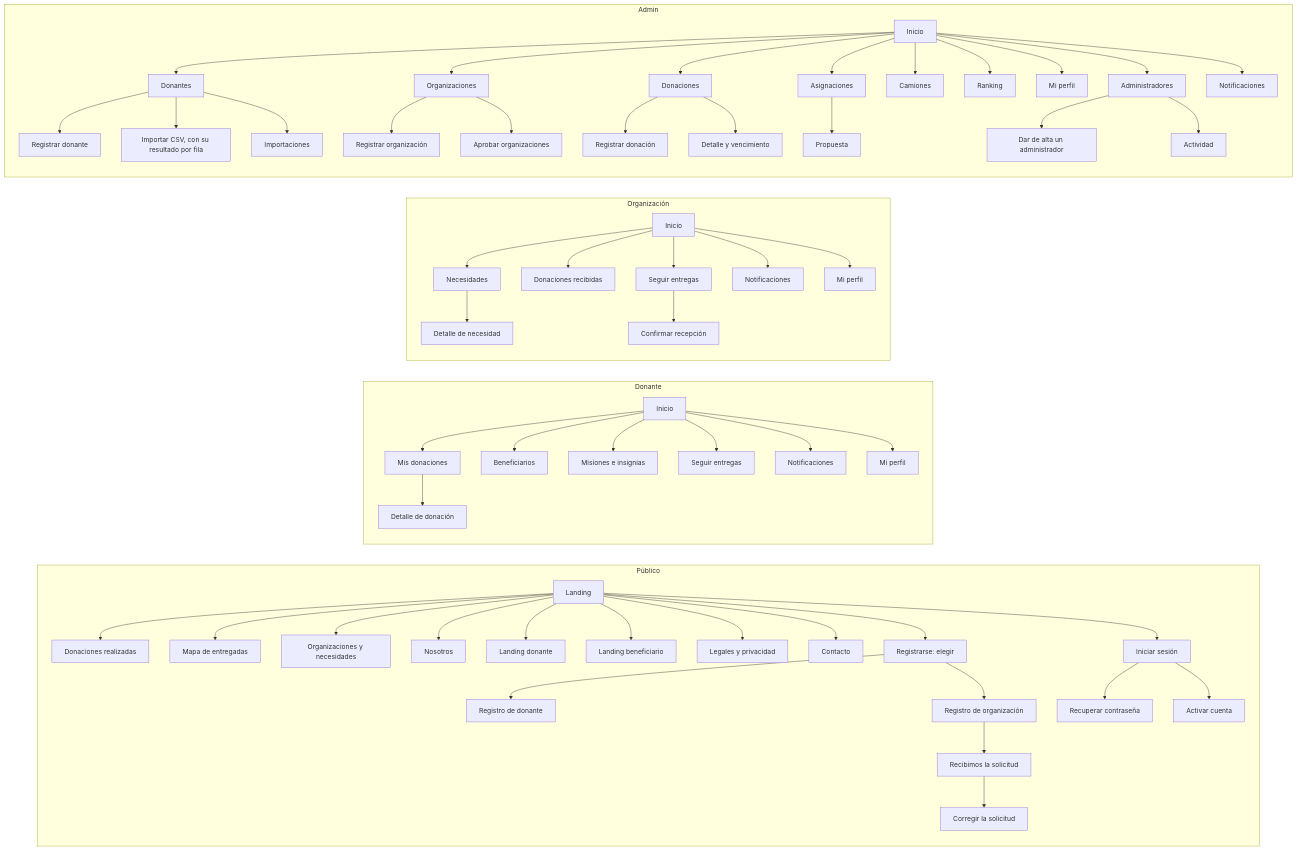
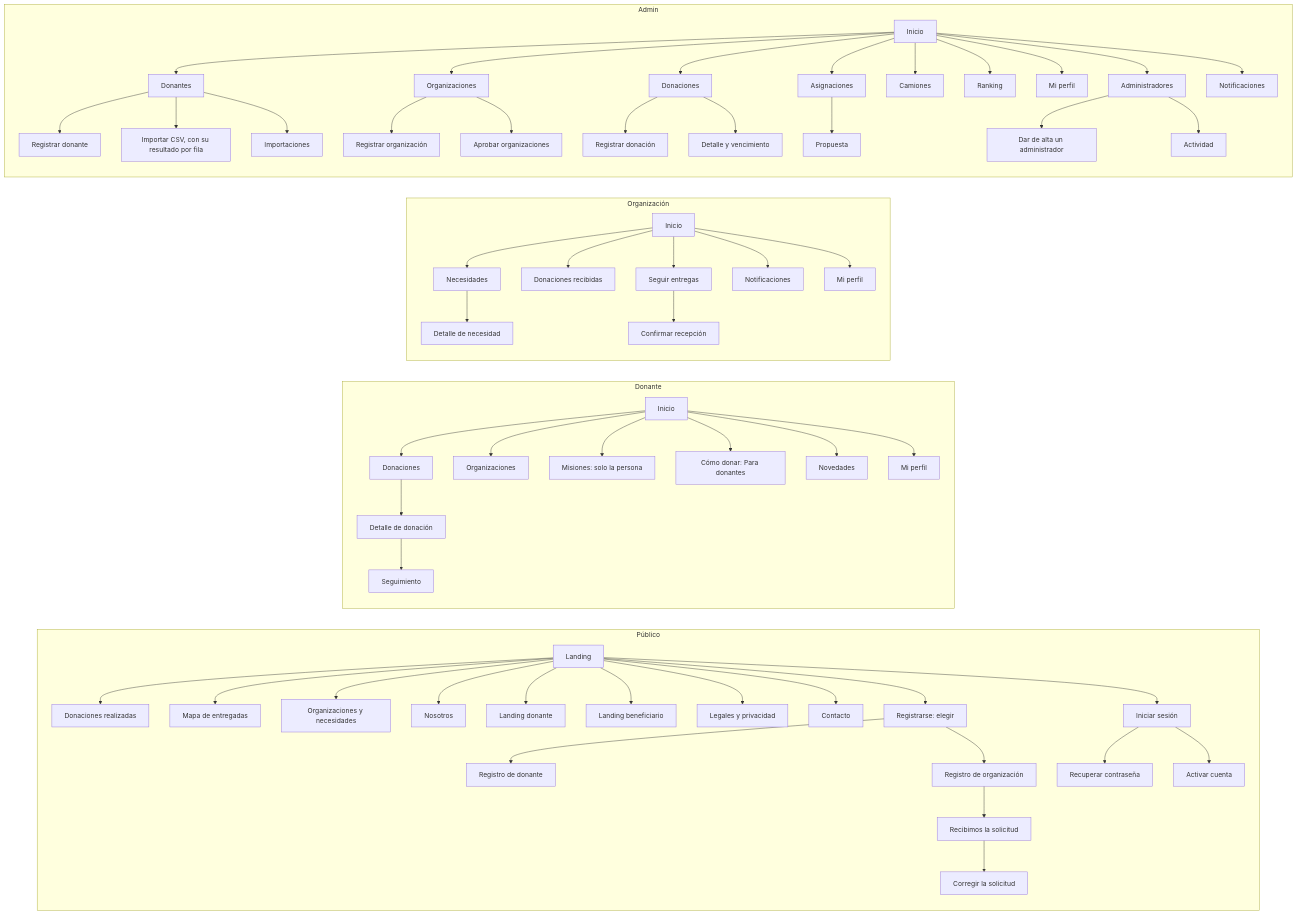
One commit to tsorren/DonaTrack-TP-DDS changed the diagram in docs/interfaz/mapa-del-sitio.md. Above: the diagram before and after it, drawn with Mermaid. The commit also changed other lines of this file and 7 other files, not shown here.

````diff
--- a/docs/interfaz/mapa-del-sitio.md
+++ b/docs/interfaz/mapa-del-sitio.md
@@ -12,54 +12,54 @@
 ```mermaid
 flowchart LR
   subgraph Publico["Público"]
     L[Landing] --> DR[Donaciones realizadas]
     L --> MP[Mapa de entregadas]
     L --> EN[Organizaciones y necesidades]
     L --> NO[Nosotros]
     L --> LD[Landing donante]
     L --> LB[Landing beneficiario]
     L --> LG[Legales y privacidad]
     L --> CO[Contacto]
     L --> IS[Iniciar sesión]
     L --> RE[Registrarse: elegir]
     RE --> RD[Registro de donante]
     RE --> RN[Registro de organización]
     RN --> SS[Recibimos la solicitud] --> SC[Corregir la solicitud]
     IS --> RC[Recuperar contraseña]
     IS --> AC[Activar cuenta]
   end
   subgraph Donante
-    ID[Inicio] --> MD[Mis donaciones] --> DD[Detalle de donación]
-    ID --> BE[Beneficiarios]
-    ID --> MI[Misiones e insignias]
-    ID --> SD[Seguir entregas]
-    ID --> ND[Notificaciones]
+    ID[Inicio] --> MD[Donaciones] --> DD[Detalle de donación] --> SD[Seguimiento]
+    ID --> BE[Organizaciones]
+    ID --> MI[Misiones: solo la persona]
+    ID --> CD[Cómo donar: Para donantes]
+    ID --> ND[Novedades]
     ID --> PD[Mi perfil]
   end
   subgraph Entidad["Organización"]
     IE[Inicio] --> NE[Necesidades] --> DN[Detalle de necesidad]
     IE --> DRc[Donaciones recibidas]
     IE --> SE[Seguir entregas] --> CR[Confirmar recepción]
     IE --> NN[Notificaciones]
     IE --> PE[Mi perfil]
   end
   subgraph Admin
     IA[Inicio] --> DOa[Donantes]
     DOa --> RDo[Registrar donante]
     DOa --> CSV[Importar CSV, con su resultado por fila]
     IA --> ENa[Organizaciones]
     ENa --> REn[Registrar organización]
     ENa --> AE[Aprobar organizaciones]
     IA --> DO[Donaciones]
     DO --> RDn[Registrar donación]
     DO --> DV[Detalle y vencimiento]
     IA --> AS[Asignaciones] --> PR[Propuesta]
     IA --> CA[Camiones]
     IA --> RK[Ranking]
     IA --> PA[Mi perfil]
     IA --> AD[Administradores] --> AN[Dar de alta un administrador]
     AD --> ACT[Actividad]
     IA --> NA[Notificaciones]
     DOa --> IM[Importaciones]
   end
 ```
````
